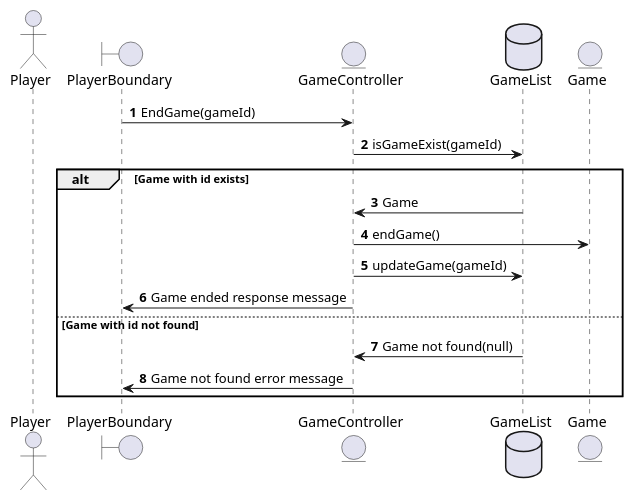
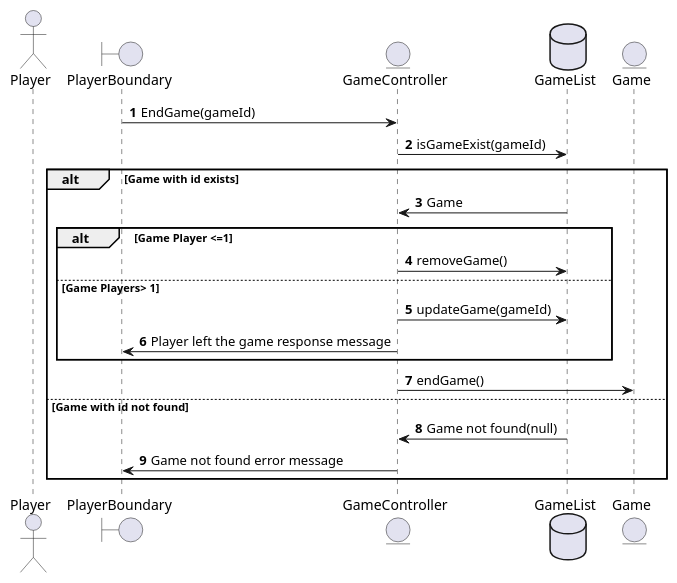
The diagram in clue-less-backend/end_game.puml (gurmsc5/Clue-Less), drawn with PlantUML before and after one commit. The commit also changed 1 other file, not shown here.

Commit message:
updated accusations and end game uml

```diff
--- a/clue-less-backend/end_game.puml
+++ b/clue-less-backend/end_game.puml
@@ -1,25 +1,28 @@
 @startuml
 
 autonumber
 actor Player
 boundary PlayerBoundary
 entity GameController
 
 PlayerBoundary -> GameController: EndGame(gameId)
 database GameList
 GameController -> GameList: isGameExist(gameId)
 entity Game
 
 alt Game with id exists
     GameList -> GameController: Game
+    alt Game Player <=1
+        GameController->GameList: removeGame()
+    else Game Players> 1
+        GameController -> GameList: updateGame(gameId)
+        GameController -> PlayerBoundary: Player left the game response message
+    end
     GameController -> Game: endGame()
-    GameController -> GameList: updateGame(gameId)
-    GameController -> PlayerBoundary: Game ended response message
-
 else Game with id not found
     GameList -> GameController: Game not found(null)
     GameController -> PlayerBoundary: Game not found error message
 end
 
 
 @enduml
```
